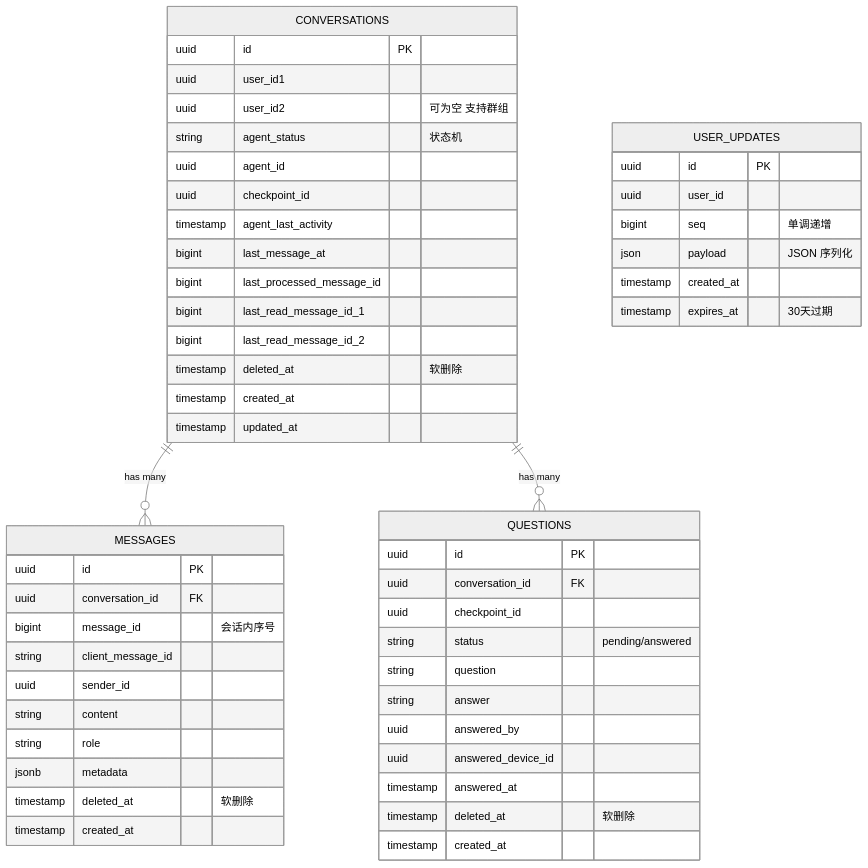
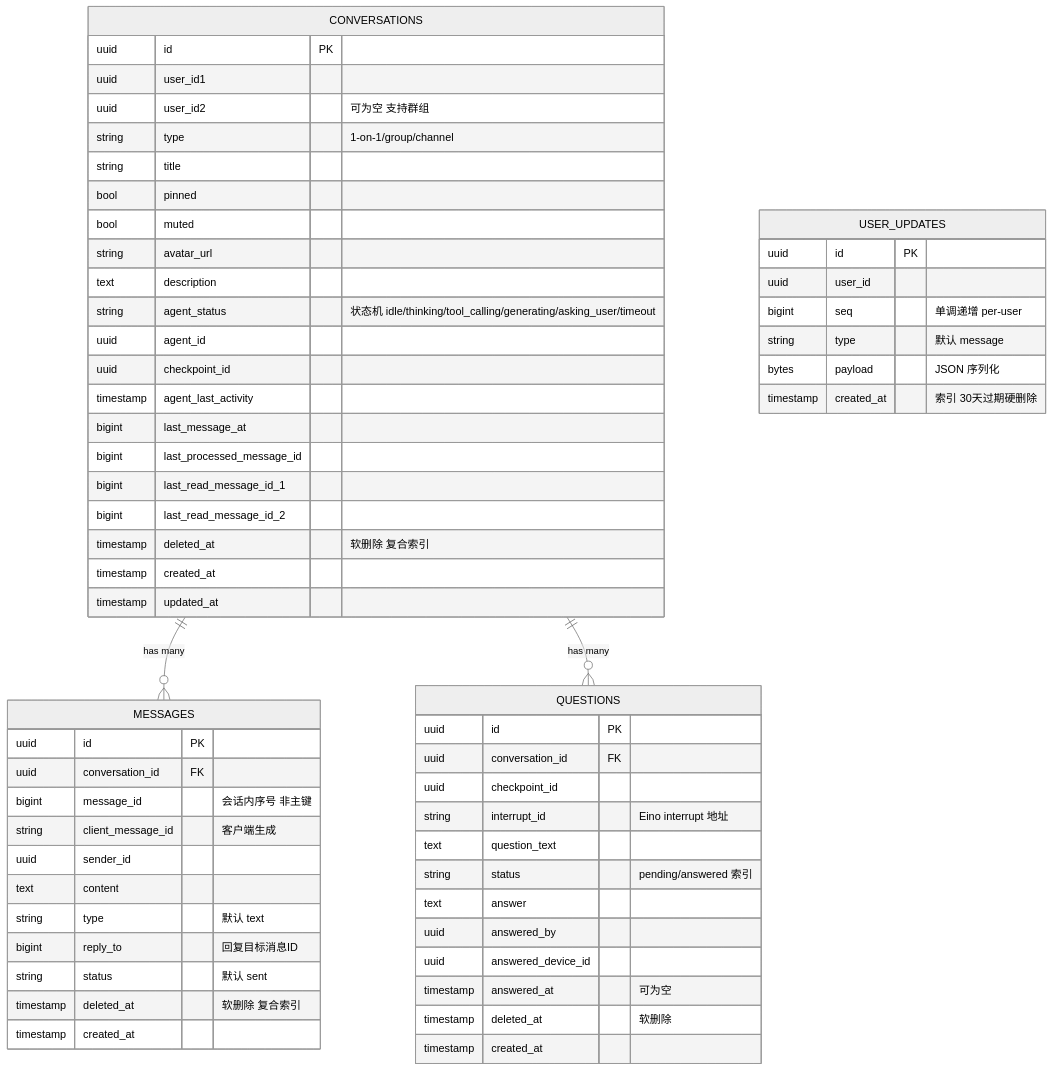
Diagram 11 of 11 in wiki/flows/storage.md (PineappleBond/xyncra-server), drawn with Mermaid (neutral theme) before and after one commit. The commit also changed other lines of this file and 21 other files, not shown here.

First line of the commit message:
docs(wiki): fix accuracy and completeness issues across all flow documents

````diff
--- a/wiki/flows/storage.md
+++ b/wiki/flows/storage.md
@@ -476,58 +580,66 @@
 ```mermaid
 erDiagram
     CONVERSATIONS {
         uuid id PK
         uuid user_id1
         uuid user_id2 "可为空 支持群组"
-        string agent_status "状态机"
+        string type "1-on-1/group/channel"
+        string title
+        bool pinned
+        bool muted
+        string avatar_url
+        text description
+        string agent_status "状态机 idle/thinking/tool_calling/generating/asking_user/timeout"
         uuid agent_id
         uuid checkpoint_id
         timestamp agent_last_activity
         bigint last_message_at
         bigint last_processed_message_id
         bigint last_read_message_id_1
         bigint last_read_message_id_2
-        timestamp deleted_at "软删除"
+        timestamp deleted_at "软删除 复合索引"
         timestamp created_at
         timestamp updated_at
     }
 
     MESSAGES {
         uuid id PK
         uuid conversation_id FK
-        bigint message_id "会话内序号"
-        string client_message_id
+        bigint message_id "会话内序号 非主键"
+        string client_message_id "客户端生成"
         uuid sender_id
-        string content
-        string role
-        jsonb metadata
-        timestamp deleted_at "软删除"
+        text content
+        string type "默认 text"
+        bigint reply_to "回复目标消息ID"
+        string status "默认 sent"
+        timestamp deleted_at "软删除 复合索引"
         timestamp created_at
     }
 
     USER_UPDATES {
         uuid id PK
         uuid user_id
-        bigint seq "单调递增"
-        json payload "JSON 序列化"
-        timestamp created_at
-        timestamp expires_at "30天过期"
+        bigint seq "单调递增 per-user"
+        string type "默认 message"
+        bytes payload "JSON 序列化"
+        timestamp created_at "索引 30天过期硬删除"
     }
 
     QUESTIONS {
         uuid id PK
         uuid conversation_id FK
         uuid checkpoint_id
-        string status "pending/answered"
-        string question
-        string answer
+        string interrupt_id "Eino interrupt 地址"
+        text question_text
+        string status "pending/answered 索引"
+        text answer
         uuid answered_by
         uuid answered_device_id
-        timestamp answered_at
+        timestamp answered_at "可为空"
         timestamp deleted_at "软删除"
         timestamp created_at
     }
 
     CONVERSATIONS ||--o{ MESSAGES : "has many"
     CONVERSATIONS ||--o{ QUESTIONS : "has many"
 ```
````
